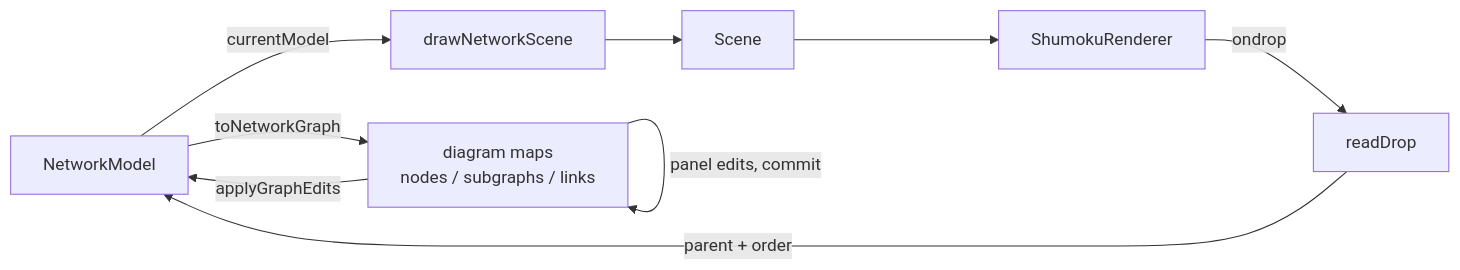
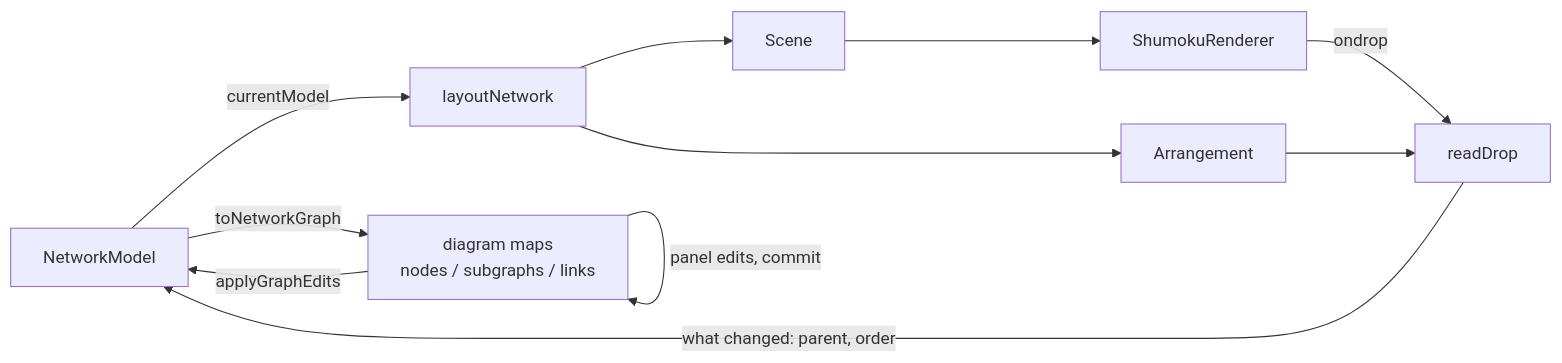
Before and after one commit to konoe-akitoshi/shumoku: the second of 4 diagrams in docs/ARCHITECTURE.md, drawn with Mermaid. The commit also changed other lines of this file and 32 other files, not shown here.

````diff
--- a/docs/ARCHITECTURE.md
+++ b/docs/ARCHITECTURE.md
@@ -125,11 +136,13 @@
 ```mermaid
 flowchart LR
   M[NetworkModel] -->|toNetworkGraph| G[diagram maps<br/>nodes / subgraphs / links]
   G -->|panel edits, commit| G
   G -->|applyGraphEdits| M
-  M -->|currentModel| D[drawNetworkScene]
+  M -->|currentModel| D[layoutNetwork]
   D --> S[Scene]
+  D --> A[Arrangement]
   S --> R[ShumokuRenderer]
   R -->|ondrop| H[readDrop]
-  H -->|parent + order| M
+  A --> H
+  H -->|what changed: parent, order| M
 ```
````
